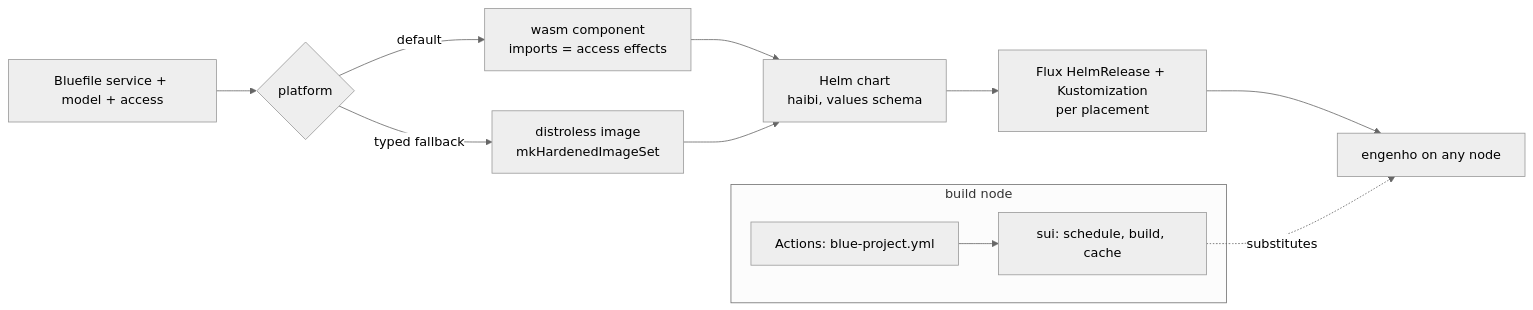
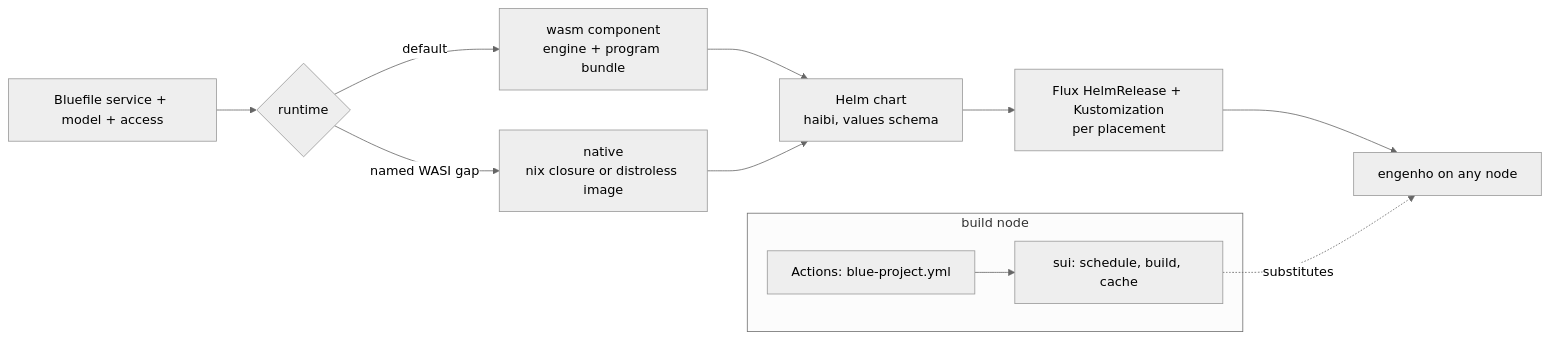
Before and after one commit to pleme-io/blue: the diagram in docs/BUILD-STACK.md, drawn with Mermaid (neutral theme). The commit also changed other lines of this file and 14 other files, not shown here.

````diff
--- a/docs/BUILD-STACK.md
+++ b/docs/BUILD-STACK.md
@@ -24,14 +26,14 @@
 ```mermaid
 flowchart LR
-  BF[Bluefile service + model + access] --> C{platform}
-  C -->|default| W[wasm component<br/>imports = access effects]
-  C -->|typed fallback| D[distroless image<br/>mkHardenedImageSet]
+  BF[Bluefile service + model + access] --> C{runtime}
+  C -->|default| W[wasm component<br/>engine + program bundle]
+  C -->|named WASI gap| D[native<br/>nix closure or distroless image]
   W --> H[Helm chart<br/>haibi, values schema]
   D --> H
   H --> F[Flux HelmRelease + Kustomization<br/>per placement]
   F --> E[engenho on any node]
   subgraph build node
     A[Actions: blue-project.yml] --> S[sui: schedule, build, cache]
   end
   S -. substitutes .-> E
 ```
````
